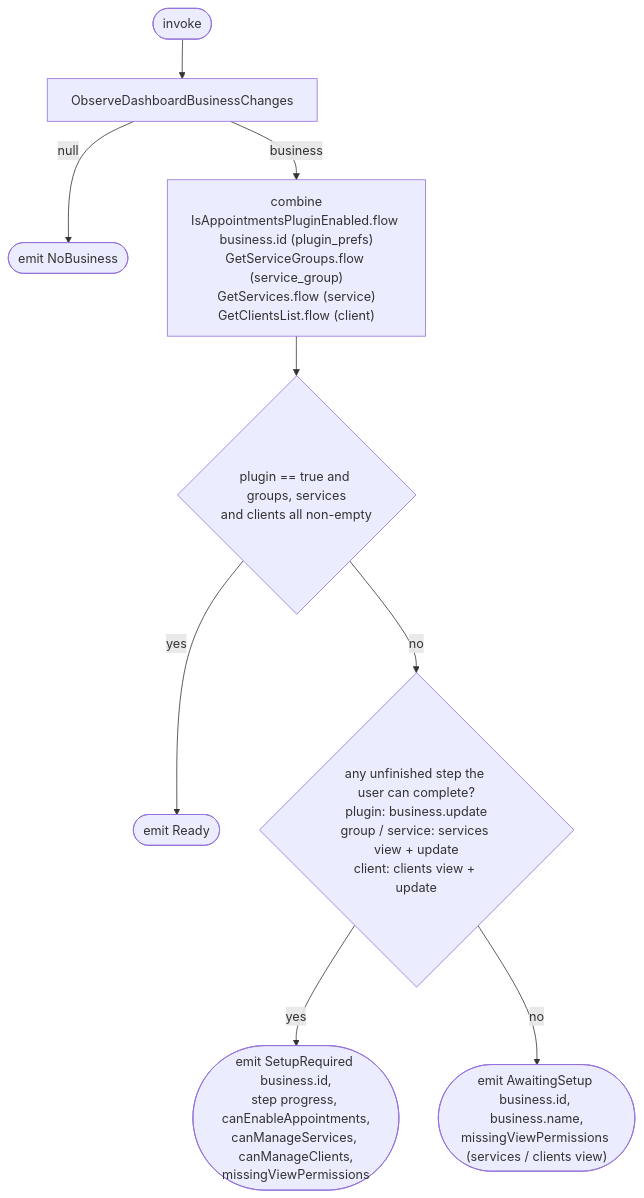
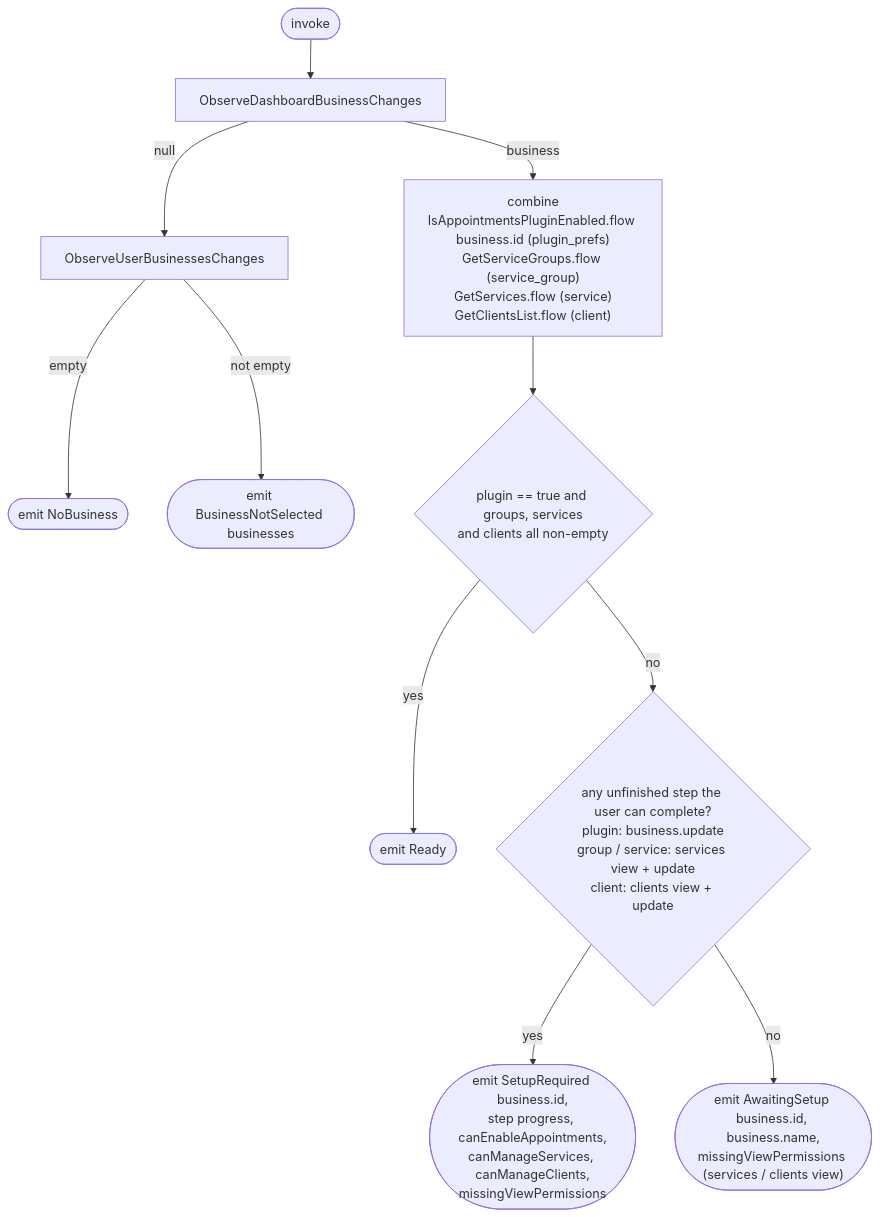
One commit to nocturneproperties/bookkme-client changed the diagram in docs/operations/business/observe-dashboard-setup-status.md. Above: the diagram before and after it, drawn with Mermaid. The commit also changed other lines of this file and 16 other files, not shown here.

````diff
--- a/docs/operations/business/observe-dashboard-setup-status.md
+++ b/docs/operations/business/observe-dashboard-setup-status.md
@@ -44,11 +47,13 @@
 ```mermaid
 flowchart TD
     Start([invoke]) --> Biz[ObserveDashboardBusinessChanges]
-    Biz -- null --> NB([emit NoBusiness])
+    Biz -- null --> All[ObserveUserBusinessesChanges]
+    All -- empty --> NB([emit NoBusiness])
+    All -- not empty --> NS([emit BusinessNotSelected businesses])
     Biz -- business --> Comb["combine<br/>IsAppointmentsPluginEnabled.flow business.id (plugin_prefs)<br/>GetServiceGroups.flow (service_group)<br/>GetServices.flow (service)<br/>GetClientsList.flow (client)"]
     Comb --> Done{"plugin == true and groups, services<br/>and clients all non-empty"}
     Done -- yes --> R([emit Ready])
     Done -- no --> Can{"any unfinished step the user can complete?<br/>plugin: business.update<br/>group / service: services view + update<br/>client: clients view + update"}
     Can -- yes --> SR(["emit SetupRequired business.id,<br/>step progress, canEnableAppointments,<br/>canManageServices, canManageClients,<br/>missingViewPermissions"])
     Can -- no --> AS(["emit AwaitingSetup business.id, business.name,<br/>missingViewPermissions (services / clients view)"])
 ```
````
